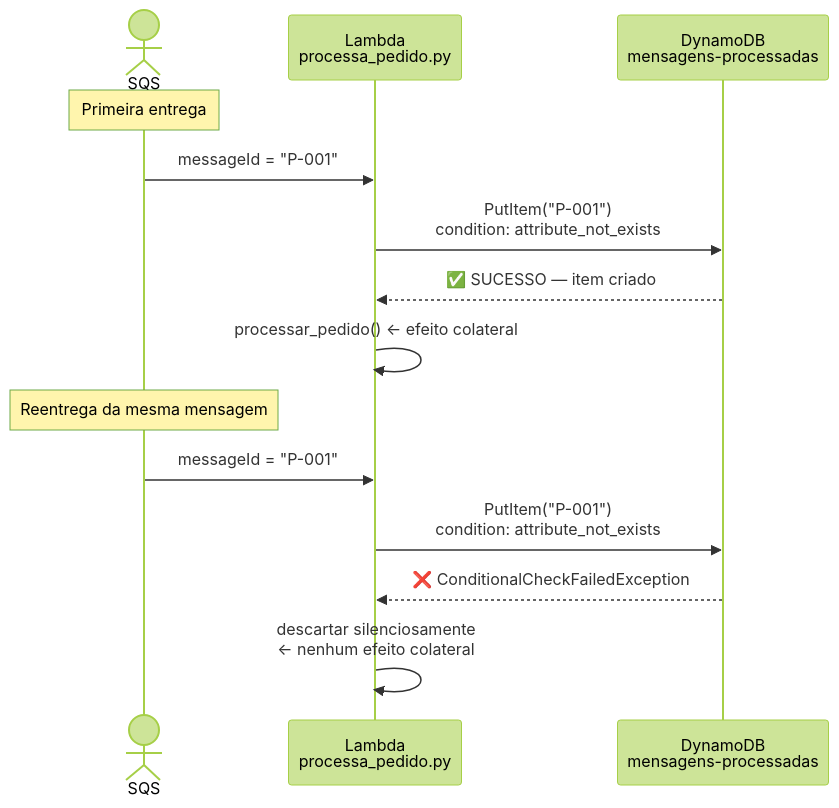
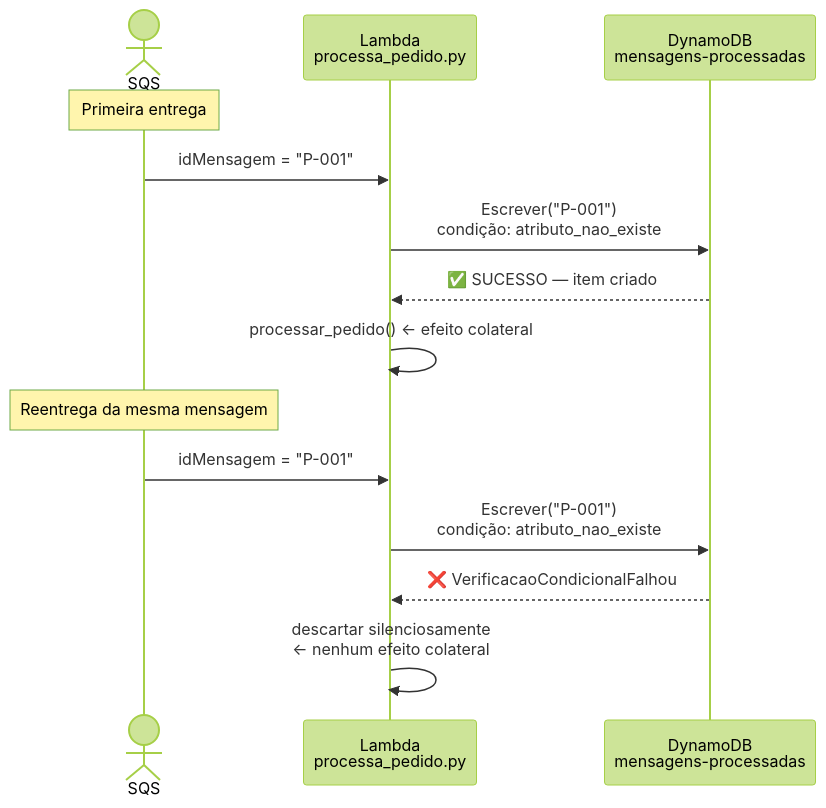
One commit to aulas-marco/serverless-event-driven changed the second of 3 diagrams in README.md. Above: the diagram before and after it, drawn with Mermaid (forest theme). The commit also changed other lines of this file and 4 other files, not shown here.

````diff
--- a/README.md
+++ b/README.md
@@ -58,18 +56,18 @@
 ```mermaid
 sequenceDiagram
     actor SQS as SQS
     participant L as Lambda<br/>processa_pedido.py
     participant D as DynamoDB<br/>mensagens-processadas
 
     Note over SQS: Primeira entrega
-    SQS->>L: messageId = "P-001"
-    L->>D: PutItem("P-001")<br/>condition: attribute_not_exists
+    SQS->>L: idMensagem = "P-001"
+    L->>D: Escrever("P-001")<br/>condição: atributo_nao_existe
     D-->>L: ✅ SUCESSO — item criado
     L->>L: processar_pedido() ← efeito colateral
 
     Note over SQS: Reentrega da mesma mensagem
-    SQS->>L: messageId = "P-001"
-    L->>D: PutItem("P-001")<br/>condition: attribute_not_exists
-    D-->>L: ❌ ConditionalCheckFailedException
+    SQS->>L: idMensagem = "P-001"
+    L->>D: Escrever("P-001")<br/>condição: atributo_nao_existe
+    D-->>L: ❌ VerificacaoCondicionalFalhou
     L->>L: descartar silenciosamente<br/>← nenhum efeito colateral
 ```
````
